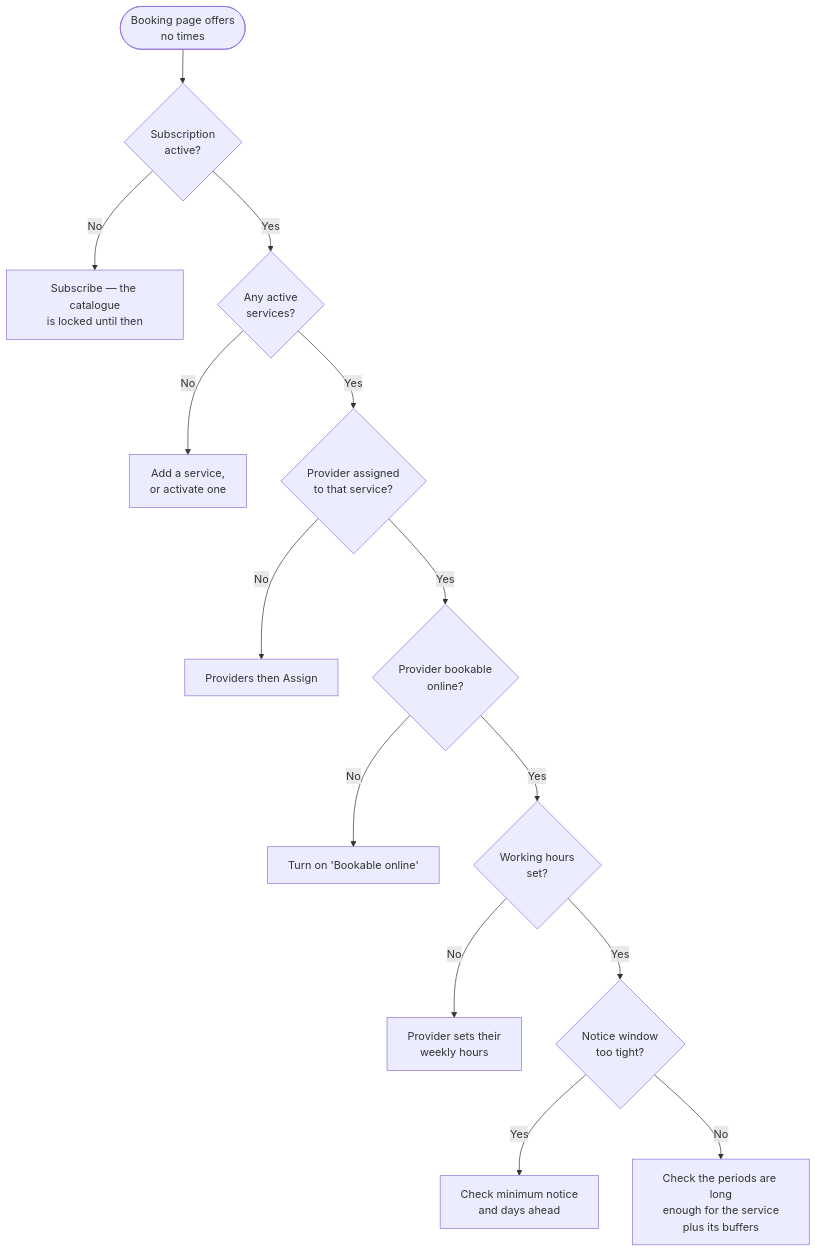
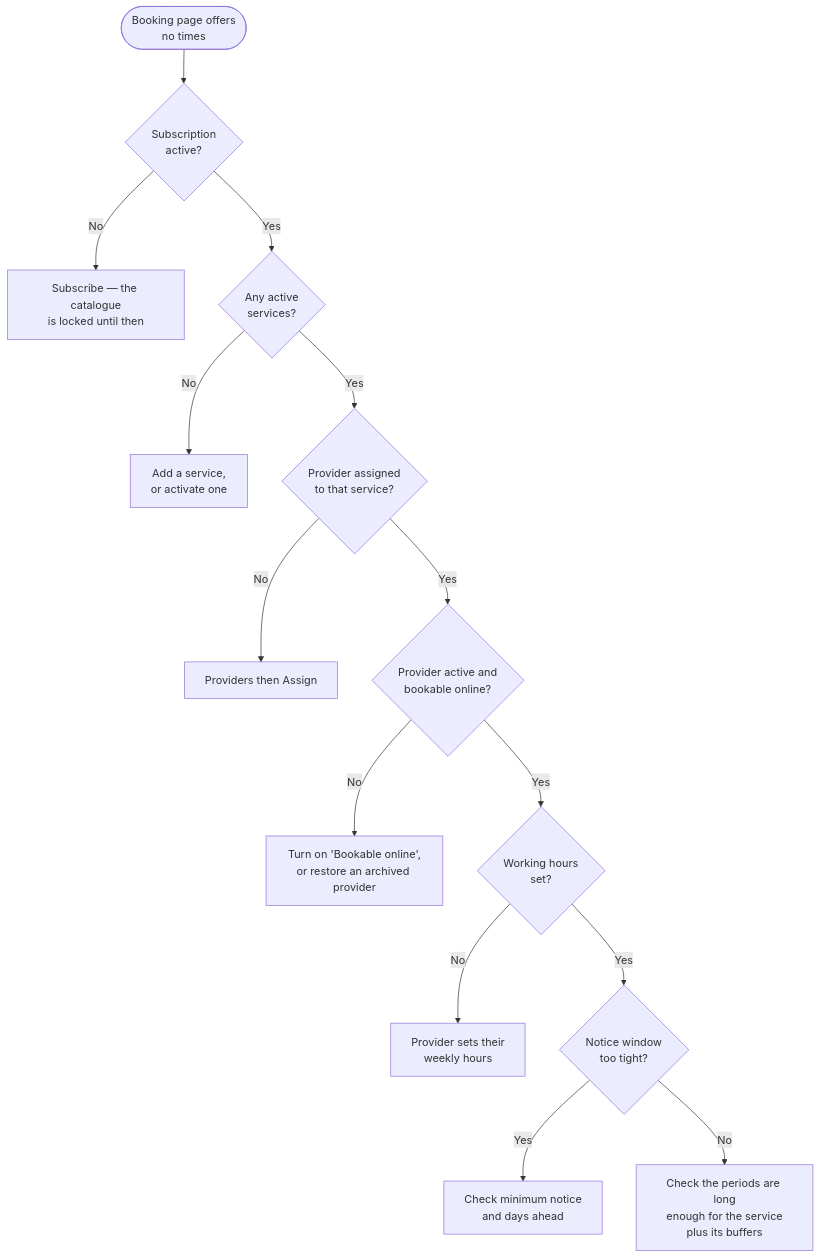
Before and after one commit to hbela/booking-and-more: the fifth of 5 diagrams in docs/user-guide.md, drawn with Mermaid. The commit also changed other lines of this file and 27 other files, not shown here.

````diff
--- a/docs/user-guide.md
+++ b/docs/user-guide.md
@@ -440,16 +625,16 @@
 ```mermaid
 flowchart TD
     Q([Booking page offers<br/>no times]) --> Sub{Subscription<br/>active?}
     Sub -->|No| FixSub[Subscribe — the catalogue<br/>is locked until then]
     Sub -->|Yes| Svc{Any active<br/>services?}
     Svc -->|No| FixSvc[Add a service,<br/>or activate one]
     Svc -->|Yes| Asg{Provider assigned<br/>to that service?}
     Asg -->|No| FixAsg[Providers then Assign]
-    Asg -->|Yes| Onl{Provider bookable<br/>online?}
-    Onl -->|No| FixOnl[Turn on 'Bookable online']
+    Asg -->|Yes| Onl{Provider active and<br/>bookable online?}
+    Onl -->|No| FixOnl[Turn on 'Bookable online',<br/>or restore an archived provider]
     Onl -->|Yes| Hrs{Working hours<br/>set?}
     Hrs -->|No| FixHrs[Provider sets their<br/>weekly hours]
     Hrs -->|Yes| Win{Notice window<br/>too tight?}
     Win -->|Yes| FixWin[Check minimum notice<br/>and days ahead]
     Win -->|No| Buf[Check the periods are long<br/>enough for the service<br/>plus its buffers]
 ```
````
